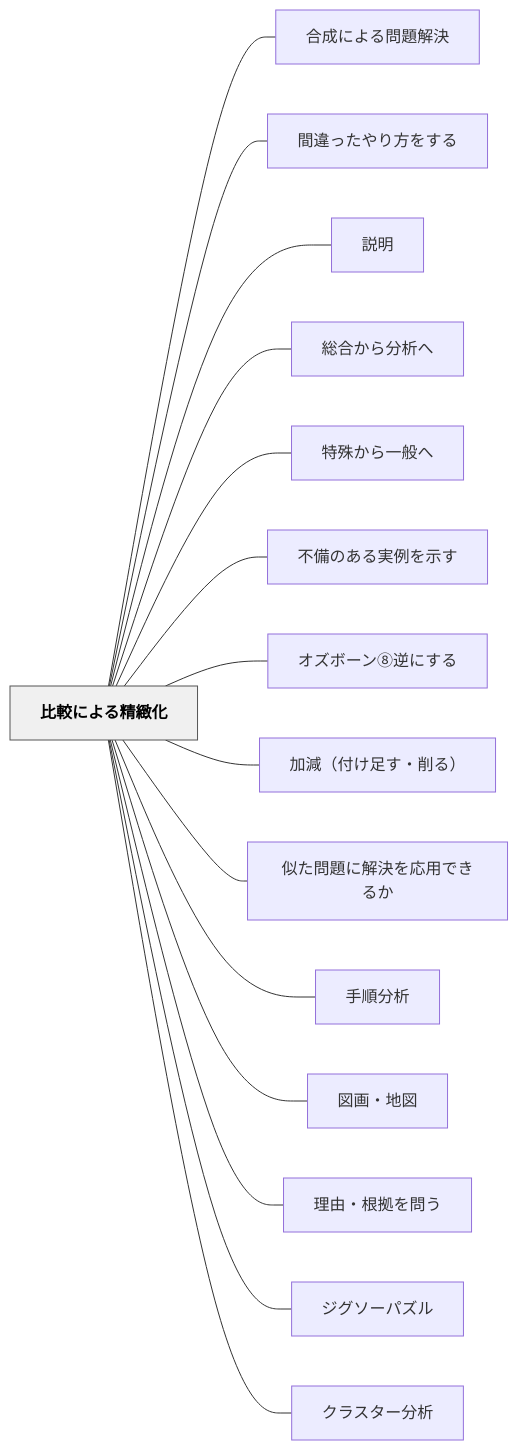
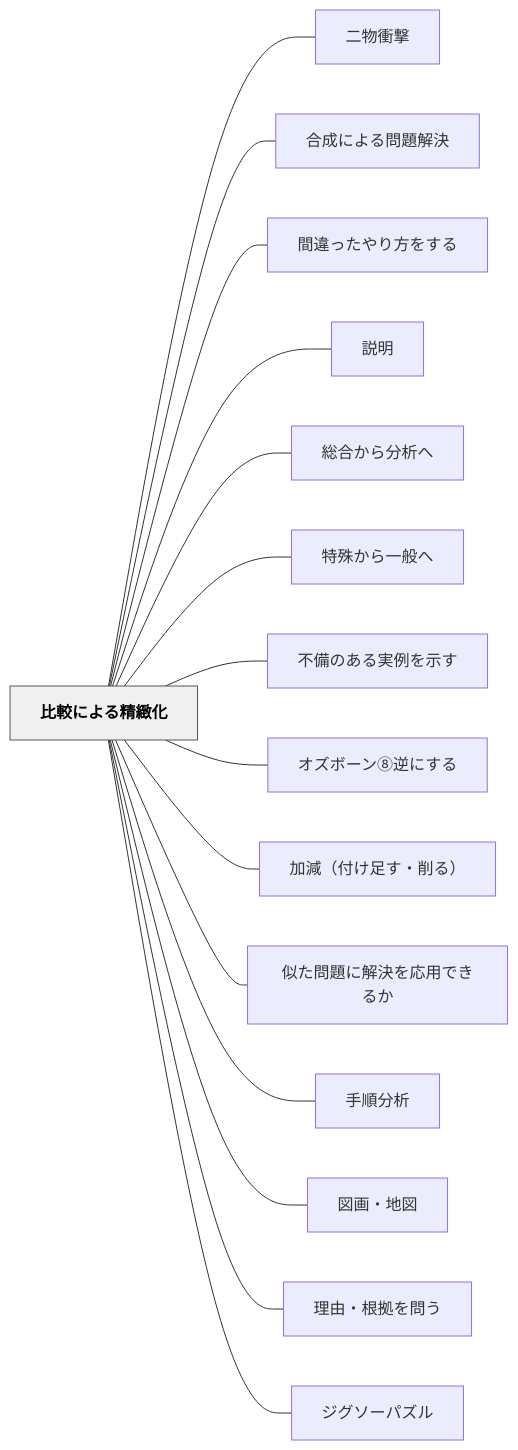
One commit to unknownthings-ed-patterns/unknownthings-ed-patterns changed the diagram in content/パタン/比較による精緻化.md. Above: the diagram before and after it, drawn with Mermaid. The commit also changed other lines of this file and 185 other files, not shown here.

````diff
--- a/content/パタン/比較による精緻化.md
+++ b/content/パタン/比較による精緻化.md
@@ -68,36 +68,36 @@
 ```mermaid
 flowchart LR
     ne6af94e8bc83e381abe38288e3828be7b2bee7b7bbe58c96["比較による精緻化"]
+    ne4ba8ce789a9e8a19de69283["二物衝撃"]
     ne59088e68890e381abe38288e3828be5958fe9a18ce8a7a3e6b1ba["合成による問題解決"]
     ne99693e98195e381a3e3819fe38284e3828ae696b9e38292e38199e3828b["間違ったやり方をする"]
     ne8aaace6988e["説明"]
     ne7b78fe59088e3818be38289e58886e69e90e381b8["総合から分析へ"]
     ne789b9e6ae8ae3818be38289e4b880e888ace381b8["特殊から一般へ"]
     ne4b88de58299e381aee38182e3828be5ae9fe4be8be38292e7a4bae38199["不備のある実例を示す"]
     ne382aae382bae3839ce383bce383b3e291a7e98086e381abe38199e3828b["オズボーン⑧逆にする"]
     ne58aa0e6b89befbc88e4bb98e38191e8b6b3e38199e383bbe5898ae3828befbc89["加減（付け足す・削る）"]
     ne4bcbce3819fe5958fe9a18ce381abe8a7a3e6b1bae38292e5bf9ce794a8e381a7e3818de3828be3818b["似た問題に解決を応用できるか"]
     ne6898be9a086e58886e69e90["手順分析"]
     ne59bb3e794bbe383bbe59cb0e59bb3["図画・地図"]
     ne79086e794b1e383bbe6a0b9e68ba0e38292e5958fe38186["理由・根拠を問う"]
     ne382b8e382b0e382bde383bce38391e382bae383ab["ジグソーパズル"]
-    ne382afe383a9e382b9e382bfe383bce58886e69e90["クラスター分析"]
 
+    ne6af94e8bc83e381abe38288e3828be7b2bee7b7bbe58c96 --- ne4ba8ce789a9e8a19de69283
     ne6af94e8bc83e381abe38288e3828be7b2bee7b7bbe58c96 --- ne59088e68890e381abe38288e3828be5958fe9a18ce8a7a3e6b1ba
     ne6af94e8bc83e381abe38288e3828be7b2bee7b7bbe58c96 --- ne99693e98195e381a3e3819fe38284e3828ae696b9e38292e38199e3828b
     ne6af94e8bc83e381abe38288e3828be7b2bee7b7bbe58c96 --- ne8aaace6988e
     ne6af94e8bc83e381abe38288e3828be7b2bee7b7bbe58c96 --- ne7b78fe59088e3818be38289e58886e69e90e381b8
     ne6af94e8bc83e381abe38288e3828be7b2bee7b7bbe58c96 --- ne789b9e6ae8ae3818be38289e4b880e888ace381b8
     ne6af94e8bc83e381abe38288e3828be7b2bee7b7bbe58c96 --- ne4b88de58299e381aee38182e3828be5ae9fe4be8be38292e7a4bae38199
     ne6af94e8bc83e381abe38288e3828be7b2bee7b7bbe58c96 --- ne382aae382bae3839ce383bce383b3e291a7e98086e381abe38199e3828b
     ne6af94e8bc83e381abe38288e3828be7b2bee7b7bbe58c96 --- ne58aa0e6b89befbc88e4bb98e38191e8b6b3e38199e383bbe5898ae3828befbc89
     ne6af94e8bc83e381abe38288e3828be7b2bee7b7bbe58c96 --- ne4bcbce3819fe5958fe9a18ce381abe8a7a3e6b1bae38292e5bf9ce794a8e381a7e3818de3828be3818b
     ne6af94e8bc83e381abe38288e3828be7b2bee7b7bbe58c96 --- ne6898be9a086e58886e69e90
     ne6af94e8bc83e381abe38288e3828be7b2bee7b7bbe58c96 --- ne59bb3e794bbe383bbe59cb0e59bb3
     ne6af94e8bc83e381abe38288e3828be7b2bee7b7bbe58c96 --- ne79086e794b1e383bbe6a0b9e68ba0e38292e5958fe38186
     ne6af94e8bc83e381abe38288e3828be7b2bee7b7bbe58c96 --- ne382b8e382b0e382bde383bce38391e382bae383ab
-    ne6af94e8bc83e381abe38288e3828be7b2bee7b7bbe58c96 --- ne382afe383a9e382b9e382bfe383bce58886e69e90
 
     classDef hub fill:#f0f0f0,stroke:#555,color:#000,font-weight:bold
     class ne6af94e8bc83e381abe38288e3828be7b2bee7b7bbe58c96 hub
 ```
````
